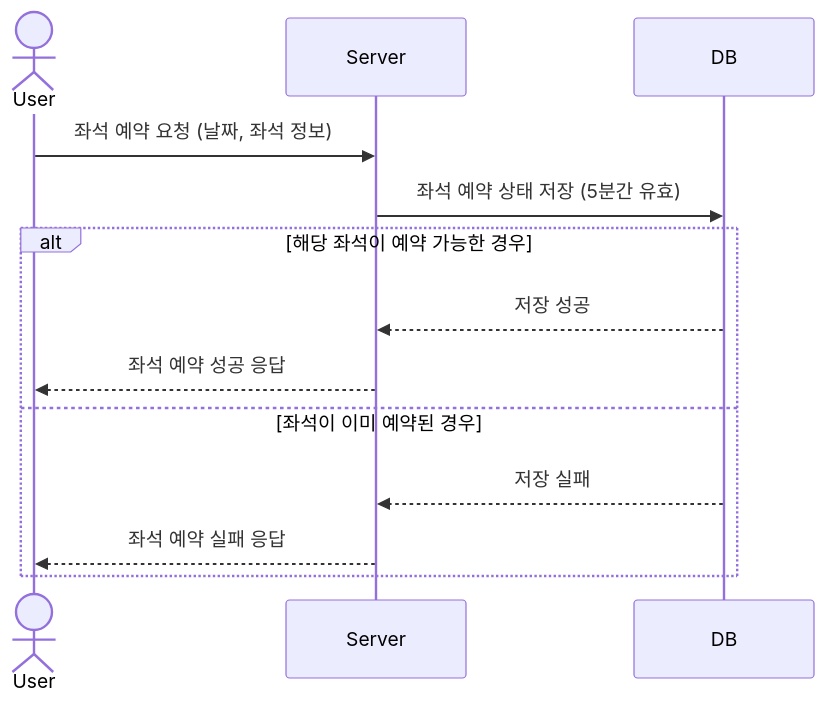
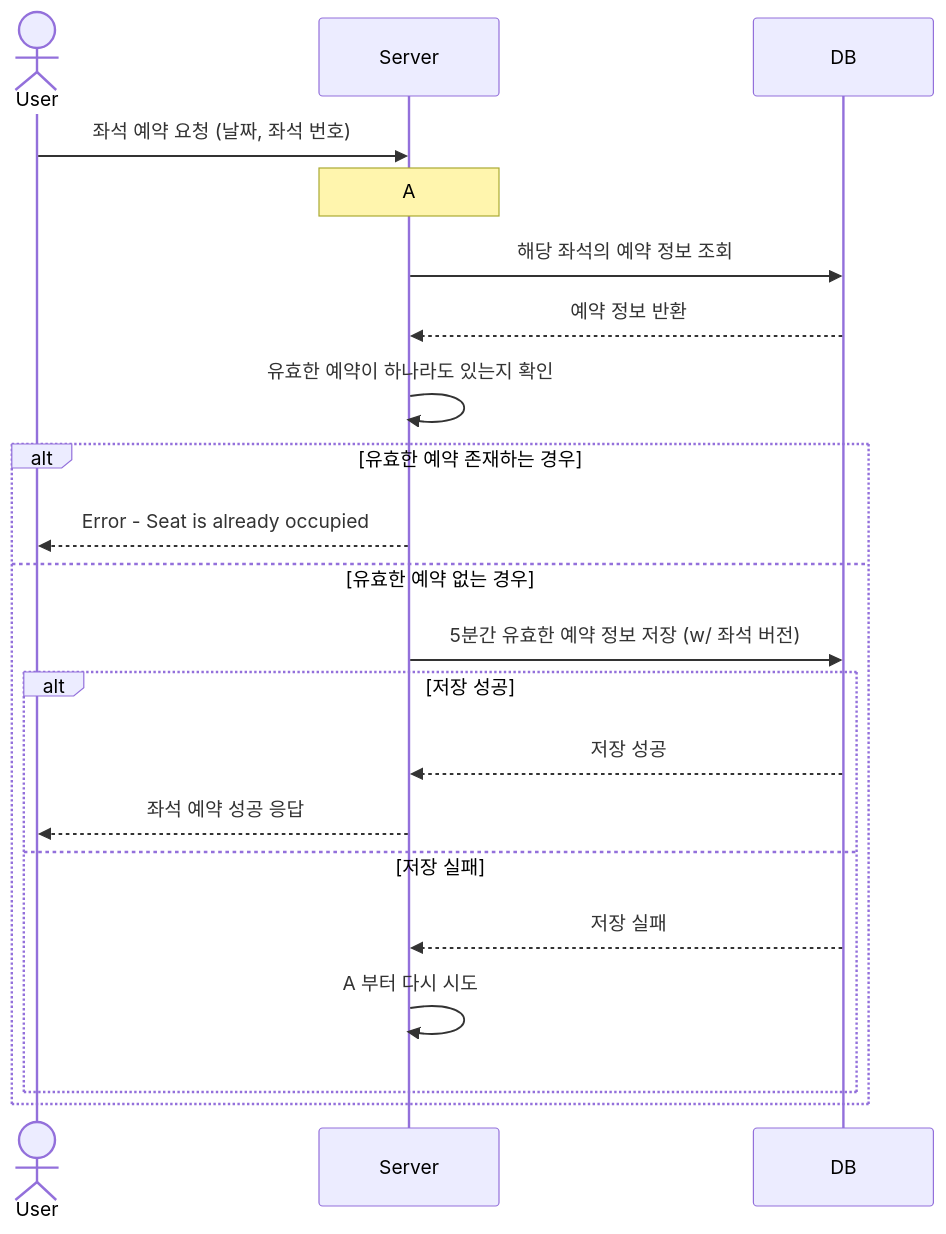
The fourth of 6 diagrams in README.md (rivolt0421/HH-plus-concert), drawn with Mermaid before and after one commit. The commit also changed 1 other file, not shown here.

Commit message:
좌석 예약 - 시퀀스 다이어그램 수정

````diff
--- a/README.md
+++ b/README.md
@@ -115,18 +115,24 @@
 ```mermaid
 sequenceDiagram
-    actor a as User
-    participant b as Server
-    participant c as DB
+  actor a as User
+  participant b as Server
+  participant c as DB
 
-    a->>b: 좌석 예약 요청 (날짜, 좌석 정보)
-    b->>c: 좌석 예약 상태 저장 (5분간 유효)
-    
-    alt 해당 좌석이 예약 가능한 경우
-        c-->>b: 저장 성공
-        b-->>a: 좌석 예약 성공 응답
-        
-    else 좌석이 이미 예약된 경우
-        c-->>b: 저장 실패
-        b-->>a: 좌석 예약 실패 응답
+  a ->> b: 좌석 예약 요청 (날짜, 좌석 번호)
+  Note over b: A
+  b ->> c: 해당 좌석의 예약 정보 조회
+  c -->> b: 예약 정보 반환
+  b ->> b: 유효한 예약이 하나라도 있는지 확인
+  alt 유효한 예약 존재하는 경우
+    b -->> a: Error - Seat is already occupied
+  else 유효한 예약 없는 경우
+    b ->> c: 5분간 유효한 예약 정보 저장 (w/ 좌석 버전)
+    alt 저장 성공
+        c -->> b: 저장 성공
+        b -->> a: 좌석 예약 성공 응답
+    else 저장 실패
+        c -->> b: 저장 실패
+        b ->> b: A 부터 다시 시도
     end
+  end
 ```
````
